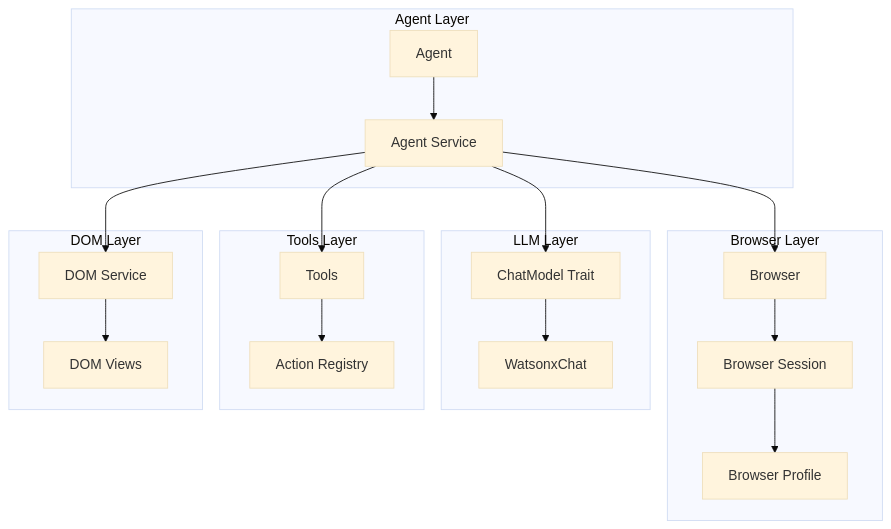
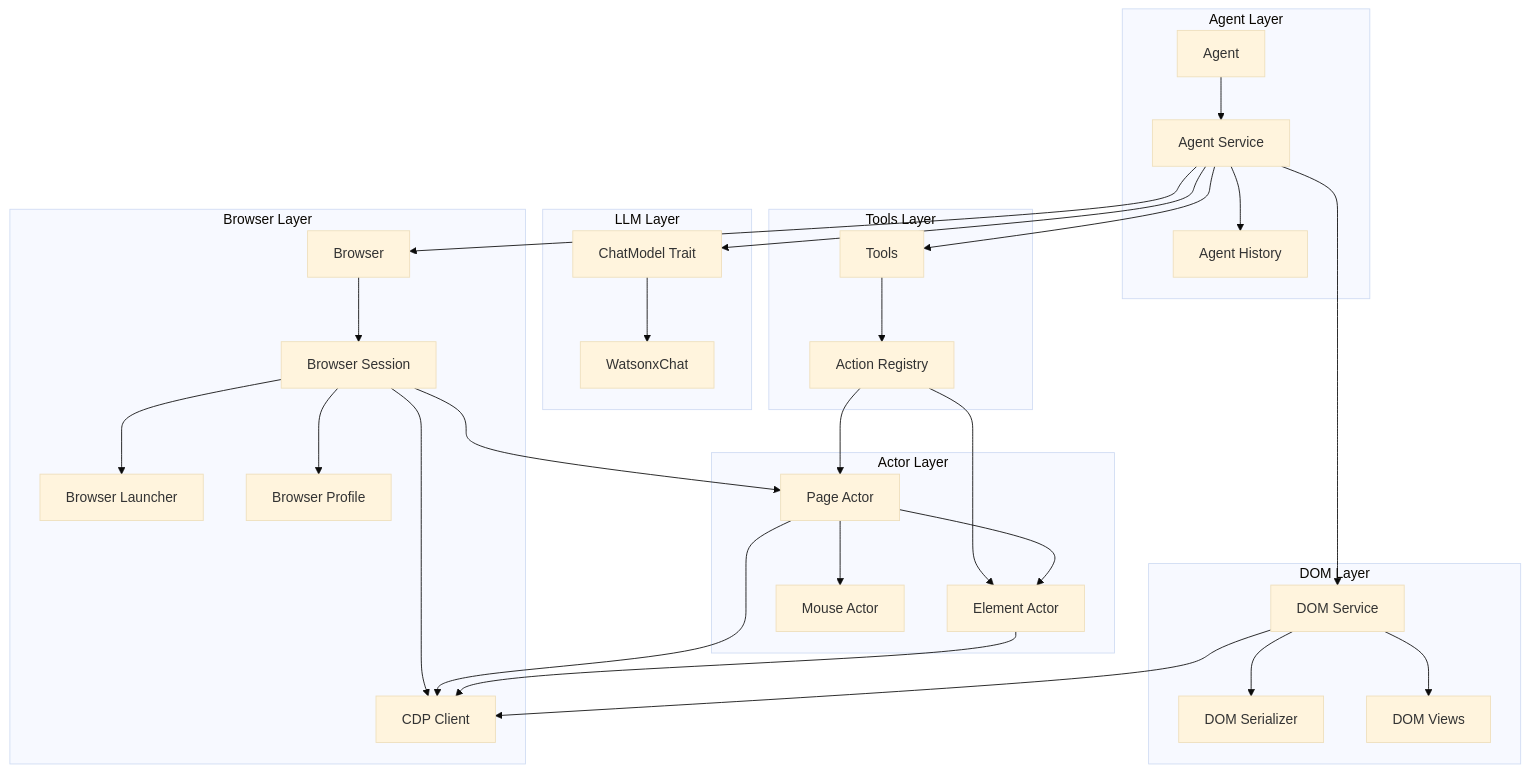
The diagram in ARCHITECTURE.md (yingkitw/browsing), drawn with Mermaid (base theme) before and after one commit. The commit also changed other lines of this file and 9 other files, not shown here.

First line of the commit message:
Refactor architecture and enhance documentation

````diff
--- a/ARCHITECTURE.md
+++ b/ARCHITECTURE.md
@@ -24,43 +43,66 @@
 ```mermaid
 graph TB
     subgraph "Agent Layer"
         A[Agent]
         AM[Agent Service]
+        AH[Agent History]
     end
     
     subgraph "Browser Layer"
         B[Browser]
         BS[Browser Session]
+        BL[Browser Launcher]
         BP[Browser Profile]
+        CDP[CDP Client]
     end
     
     subgraph "LLM Layer"
         L[ChatModel Trait]
         W[WatsonxChat]
     end
     
     subgraph "Tools Layer"
         T[Tools]
         AR[Action Registry]
     end
     
     subgraph "DOM Layer"
         DS[DOM Service]
+        DSR[DOM Serializer]
         DV[DOM Views]
+    end
+    
+    subgraph "Actor Layer"
+        PA[Page Actor]
+        EA[Element Actor]
+        MA[Mouse Actor]
     end
     
     A --> AM
     AM --> B
     AM --> L
     AM --> T
     AM --> DS
+    AM --> AH
     
     B --> BS
+    BS --> BL
+    BS --> CDP
+    BS --> PA
     BS --> BP
     
     L --> W
     
     T --> AR
+    AR --> PA
+    AR --> EA
     
+    DS --> DSR
     DS --> DV
+    DS --> CDP
+    
+    PA --> EA
+    PA --> MA
+    PA --> CDP
+    EA --> CDP
 ```
````
